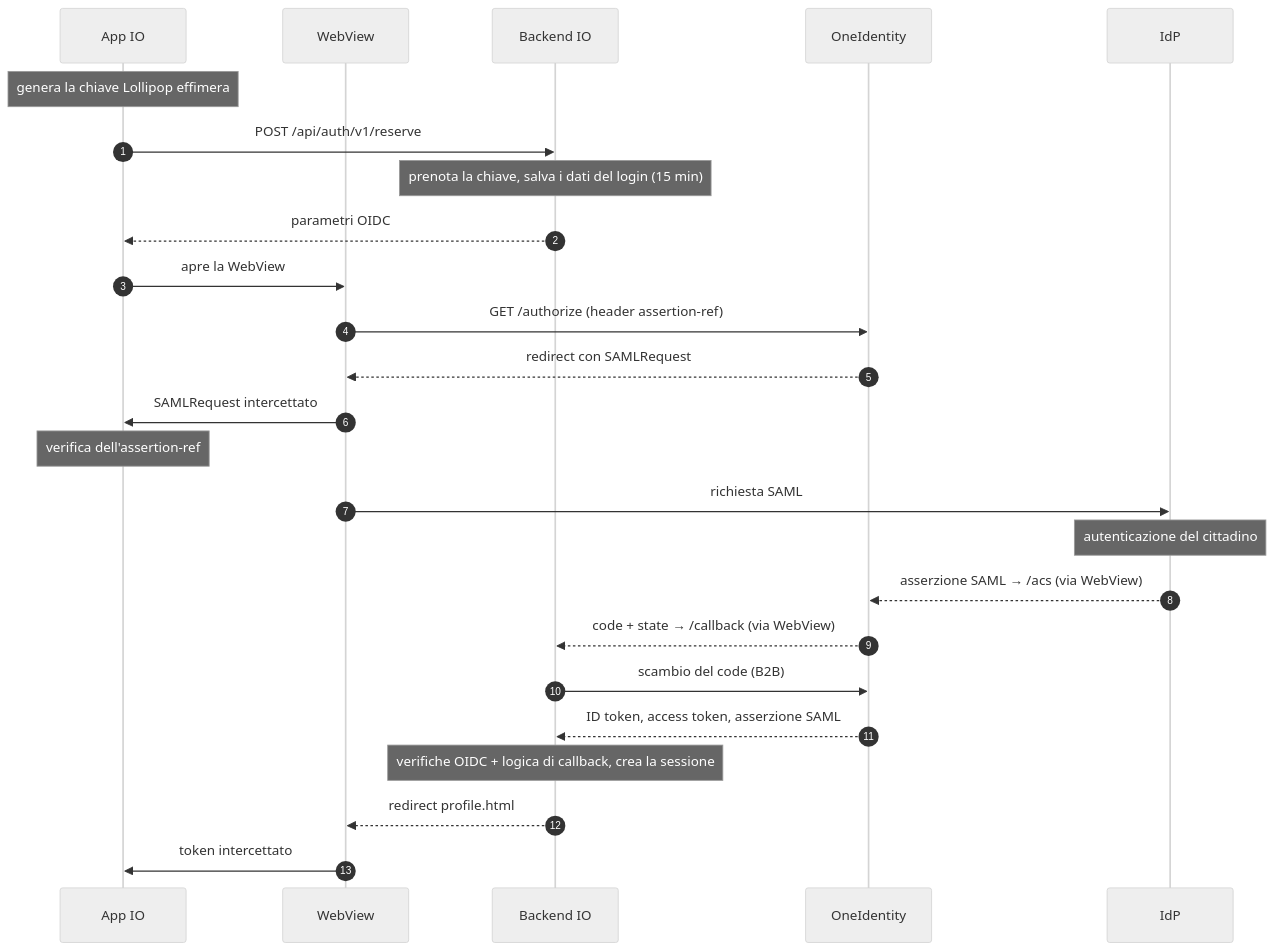
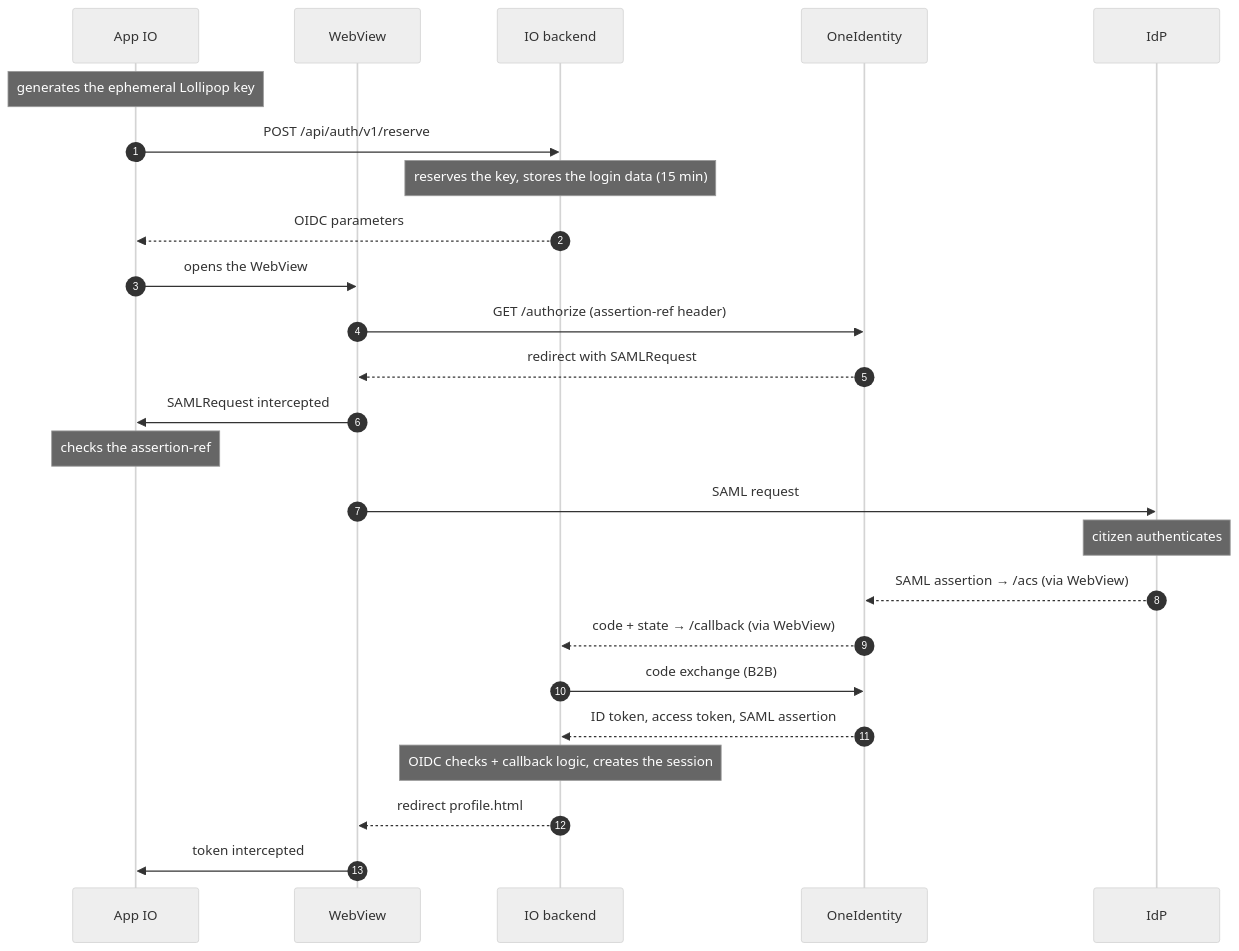
The third of 3 diagrams in docs/authentication/login-flows.md (pagopa/io-app), drawn with Mermaid (neutral theme) before and after one commit. The commit also changed other lines of this file, not shown here.

Commit message:
docs(authentication): [IOPID-4100] translate login flows guide to English

````diff
--- a/docs/authentication/login-flows.md
+++ b/docs/authentication/login-flows.md
@@ -110,27 +110,27 @@
 ```mermaid
 sequenceDiagram
     autonumber
     participant App as App IO
     participant WV as WebView
-    participant BE as Backend IO
+    participant BE as IO backend
     participant OI as OneIdentity
     participant IdP as IdP
-    Note over App: genera la chiave Lollipop effimera
+    Note over App: generates the ephemeral Lollipop key
     App->>BE: POST /api/auth/v1/reserve
-    Note over BE: prenota la chiave, salva i dati del login (15 min)
-    BE-->>App: parametri OIDC
-    App->>WV: apre la WebView
-    WV->>OI: GET /authorize (header assertion-ref)
-    OI-->>WV: redirect con SAMLRequest
-    WV->>App: SAMLRequest intercettato
-    Note over App: verifica dell'assertion-ref
-    WV->>IdP: richiesta SAML
-    Note over IdP: autenticazione del cittadino
-    IdP-->>OI: asserzione SAML → /acs (via WebView)
+    Note over BE: reserves the key, stores the login data (15 min)
+    BE-->>App: OIDC parameters
+    App->>WV: opens the WebView
+    WV->>OI: GET /authorize (assertion-ref header)
+    OI-->>WV: redirect with SAMLRequest
+    WV->>App: SAMLRequest intercepted
+    Note over App: checks the assertion-ref
+    WV->>IdP: SAML request
+    Note over IdP: citizen authenticates
+    IdP-->>OI: SAML assertion → /acs (via WebView)
     OI-->>BE: code + state → /callback (via WebView)
-    BE->>OI: scambio del code (B2B)
-    OI-->>BE: ID token, access token, asserzione SAML
-    Note over BE: verifiche OIDC + logica di callback, crea la sessione
+    BE->>OI: code exchange (B2B)
+    OI-->>BE: ID token, access token, SAML assertion
+    Note over BE: OIDC checks + callback logic, creates the session
     BE-->>WV: redirect profile.html#token
-    WV->>App: token intercettato
+    WV->>App: token intercepted
 ```
````
